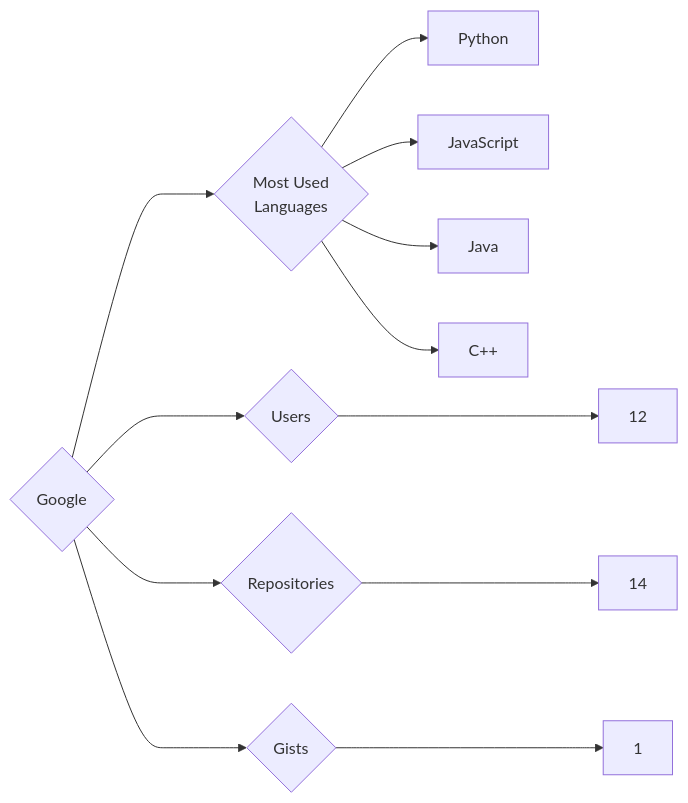
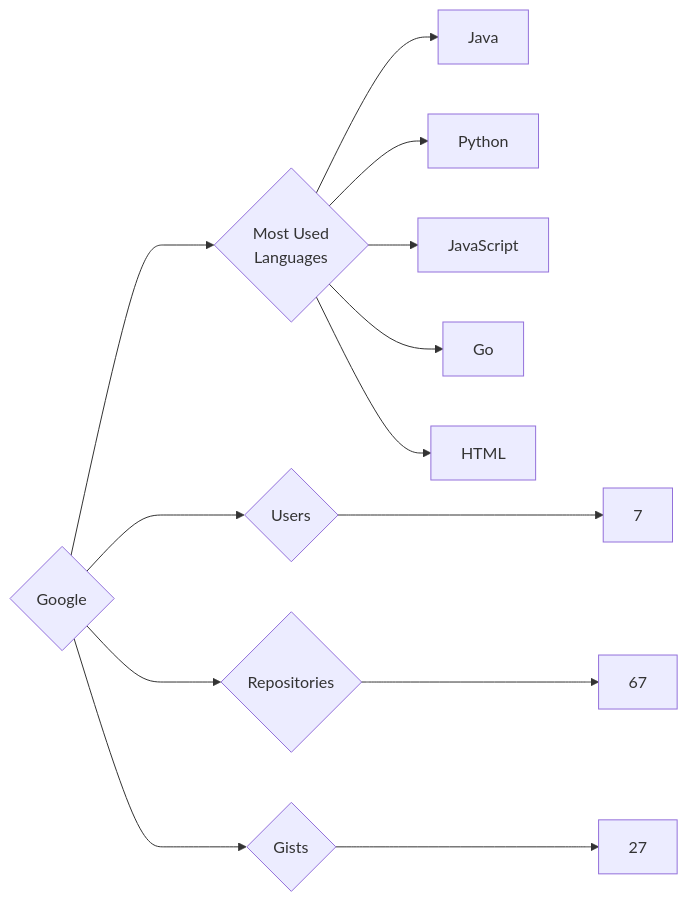
The diagram in targets/Google/README.md (trickest/insiders), drawn with Mermaid before and after one commit. The commit also changed 985 other files, not shown here.

````diff
--- a/targets/Google/README.md
+++ b/targets/Google/README.md
@@ -3,12 +3,13 @@
 ```mermaid
 graph LR
 COMPANY_NAME{Google}
-COMPANY_NAME ---> U{Users} ---> UN[12]
-COMPANY_NAME ---> R{Repositories} ---> RN[14]
-COMPANY_NAME ---> G{Gists} ---> GN[1]
+COMPANY_NAME ---> U{Users} ---> UN[7]
+COMPANY_NAME ---> R{Repositories} ---> RN[67]
+COMPANY_NAME ---> G{Gists} ---> GN[27]
 COMPANY_NAME ---> ML{Most Used<br>Languages}
+ML --> Java[Java]
 ML --> Python[Python]
 ML --> JavaScript[JavaScript]
-ML --> Java[Java]
-ML --> C++[C++]
+ML --> Go[Go]
+ML --> HTML[HTML]
 ```
````
